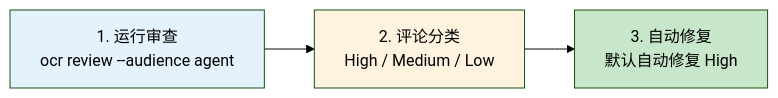
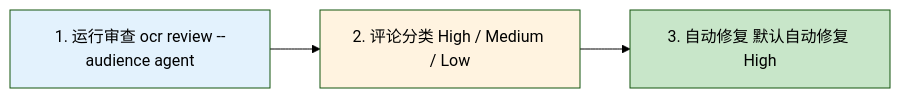
The second of 7 diagrams in doc/bundles/jishu/ai/products/open-code-review/concepts/06-integrations.md (awesome-flexloop/awesome-okf), drawn with Mermaid (forest theme) before and after one commit. The commit also changed other lines of this file and 10 other files, not shown here.

First line of the commit message:
docs(bundle): 清偿 Open Code Review 存量 Mermaid 违规避免规范漂移累积

````diff
--- a/doc/bundles/jishu/ai/products/open-code-review/concepts/06-integrations.md
+++ b/doc/bundles/jishu/ai/products/open-code-review/concepts/06-integrations.md
@@ -234,9 +229,8 @@
 ```mermaid
 flowchart LR
-    S1["1. 运行审查<br/>ocr review --audience agent"] --> S2["2. 评论分类<br/>High / Medium / Low"]
-    S2 --> S3["3. 自动修复<br/>默认自动修复 High"]
-
+    S1["1. 运行审查 ocr review --audience agent"] --> S2["2. 评论分类 High / Medium / Low"]
+    S2 --> S3["3. 自动修复 默认自动修复 High"]
     style S1 fill:#e3f2fd
     style S2 fill:#fff3e0
     style S3 fill:#c8e6c9
 ```
````
